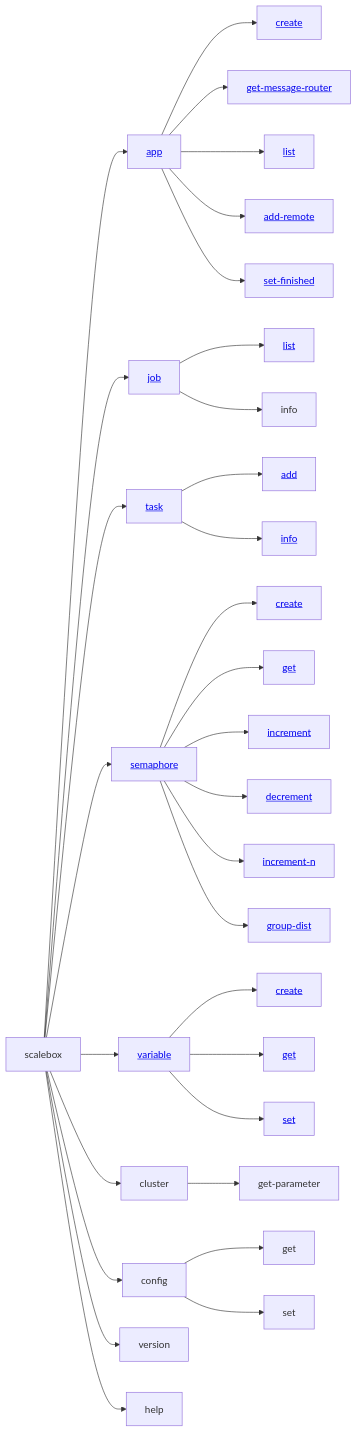
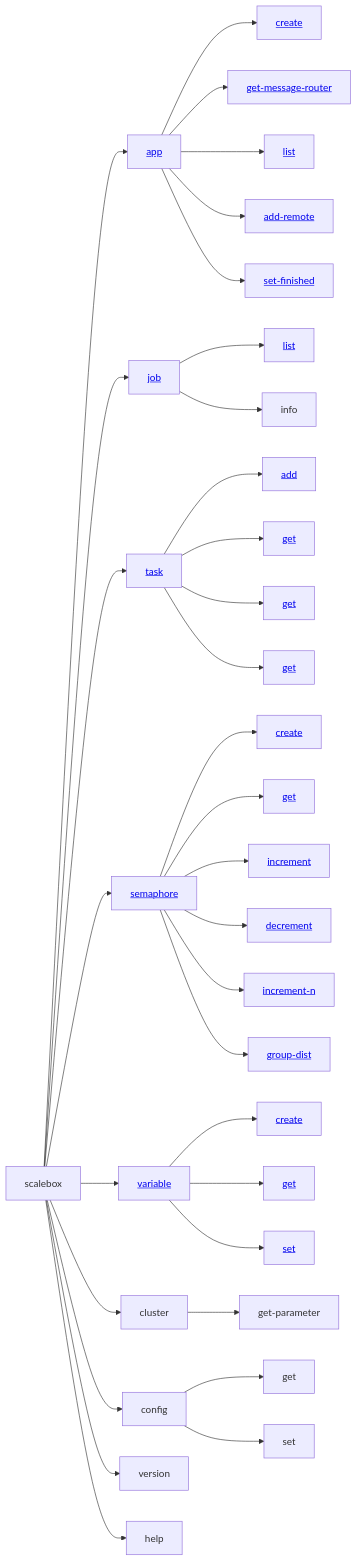
One commit to kaichao/scalebox changed the diagram in docs/zh_CN/source/appendix/cmdline.md. Above: the diagram before and after it, drawn with Mermaid. The commit also changed other lines of this file and 6 other files, not shown here.

````diff
--- a/docs/zh_CN/source/appendix/cmdline.md
+++ b/docs/zh_CN/source/appendix/cmdline.md
@@ -31,43 +31,45 @@
 ```{mermaid}
 
 graph LR
   scalebox --> app[<a href="#app">app</a>]
   app --> app-create[<a href="#app-create">create</a>]
   app --> get-message-router[<a href="#app-get-message-router">get-message-router</a>]
   app --> app-list[<a href="#app-list">list</a>]
   app --> app-add-remote[<a href="#app-add-remote">add-remote</a>]
   app --> app-set-finished[<a href="#app-set-finished">set-finished</a>]
 
   scalebox --> job[<a href="#job">job</a>]
   job --> job-list[<a href="#job-list">list</a>]
   job --> job-info[info]
 
   scalebox --> task[<a href="#task">task</a>]
   task --> task-add[<a href="#task-add">add</a>]
-  task --> task-info[<a href="#task-info">info</a>]
+  task --> task-get-header[<a href="#task-get-header">get</a>]
+  task --> task-set-header[<a href="#task-set-header">get</a>]
+  task --> task-remove-header[<a href="#task-remove-header">get</a>]
 
   scalebox --> semaphore[<a href="#semaphore">semaphore</a>]
   semaphore --> sema-create[<a href="#semaphore-create">create</a>]
   semaphore --> semaphore-get[<a href="#semaphore-get">get</a>]
   semaphore --> increment[<a href="#semaphore-increment">increment</a>]
   semaphore --> decrement[<a href="#semaphore-decrement">decrement</a>]
   semaphore --> increment-n[<a href="#semaphore-increment">increment-n</a>]
   semaphore --> semaphore-group-dist[<a href="#semaphore-group-dist">group-dist</a>]
 
   scalebox --> variable[<a href="#variable">variable</a>]
   variable --> variable-create[<a href="#variable-create">create</a>]
   variable --> variable-get[<a href="#variable-get">get</a>]
   variable --> variable-set[<a href="#variable-set">set</a>]
 
   scalebox --> cluster
   cluster --> get-parameter
 
   scalebox --> config
   config --> config-get[get]
   config --> config-set[set]  
 
   scalebox --> version
 
   scalebox --> help
 
 ```
````
